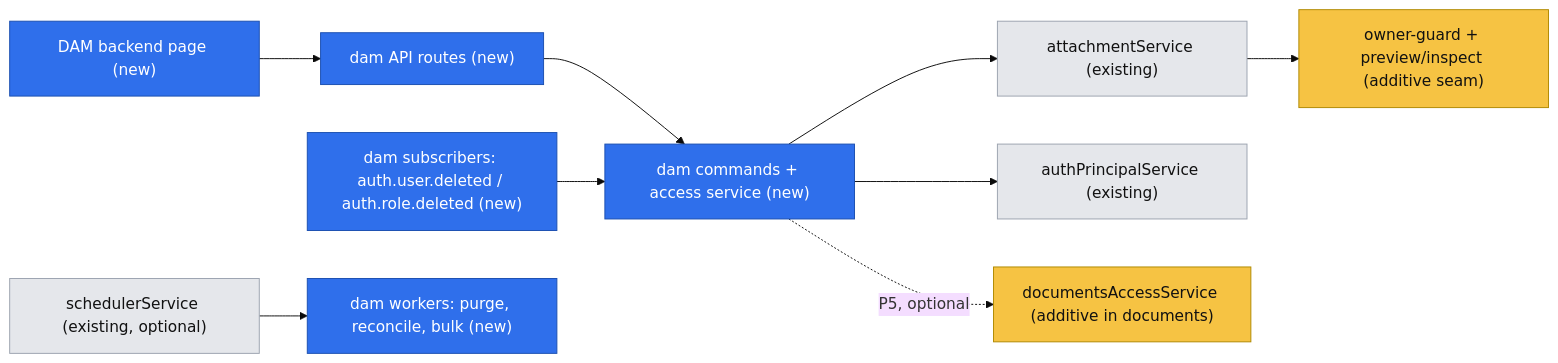
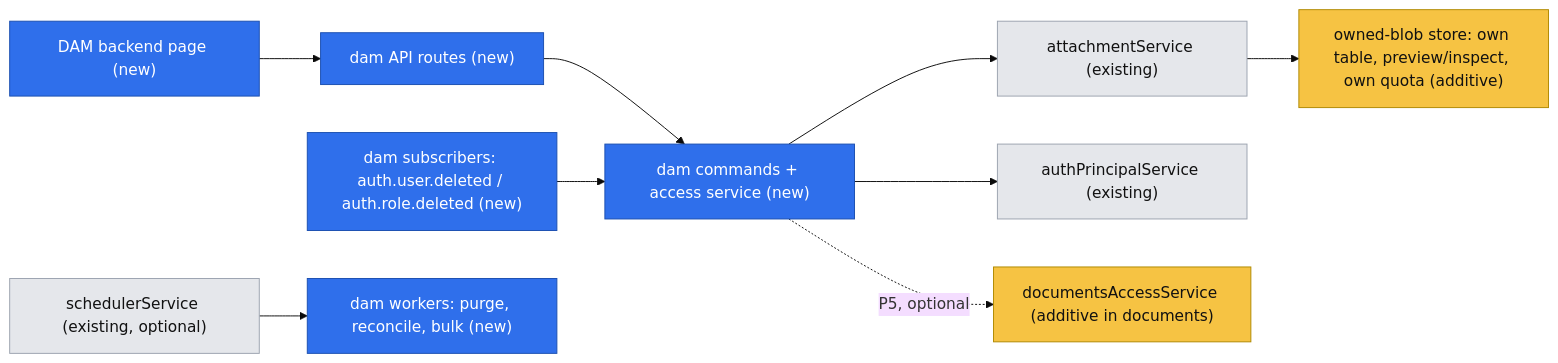
Before and after one commit to open-mercato/open-mercato: the first of 2 diagrams in .ai/specs/2026-10-06-dam-module.md, drawn with Mermaid (base theme). The commit also changed other lines of this file and 1 other file, not shown here.

First line of the commit message:
docs(specs): switch dam-module storage to isolated owned blobs

````diff
--- a/.ai/specs/2026-10-06-dam-module.md
+++ b/.ai/specs/2026-10-06-dam-module.md
@@ -78,15 +84,15 @@
 ```mermaid
 flowchart LR
     classDef newC fill:#2f6feb,color:#fff,stroke:#1b4fb0
     classDef existingC fill:#e5e7eb,color:#111,stroke:#9ca3af
     classDef seamC fill:#f6c343,color:#111,stroke:#b08900
 
     ui["DAM backend page (new)"]:::newC --> api["dam API routes (new)"]:::newC
     api --> cmd["dam commands + access service (new)"]:::newC
     cmd --> att["attachmentService (existing)"]:::existingC
-    att --> seam["owner-guard + preview/inspect (additive seam)"]:::seamC
+    att --> seam["owned-blob store: own table, preview/inspect, own quota (additive)"]:::seamC
     cmd --> principal["authPrincipalService (existing)"]:::existingC
     sub["dam subscribers: auth.user.deleted / auth.role.deleted (new)"]:::newC --> cmd
     sched["schedulerService (existing, optional)"]:::existingC --> wq["dam workers: purge, reconcile, bulk (new)"]:::newC
     cmd -. "P5, optional" .-> docs["documentsAccessService (additive in documents)"]:::seamC
 ```
````
